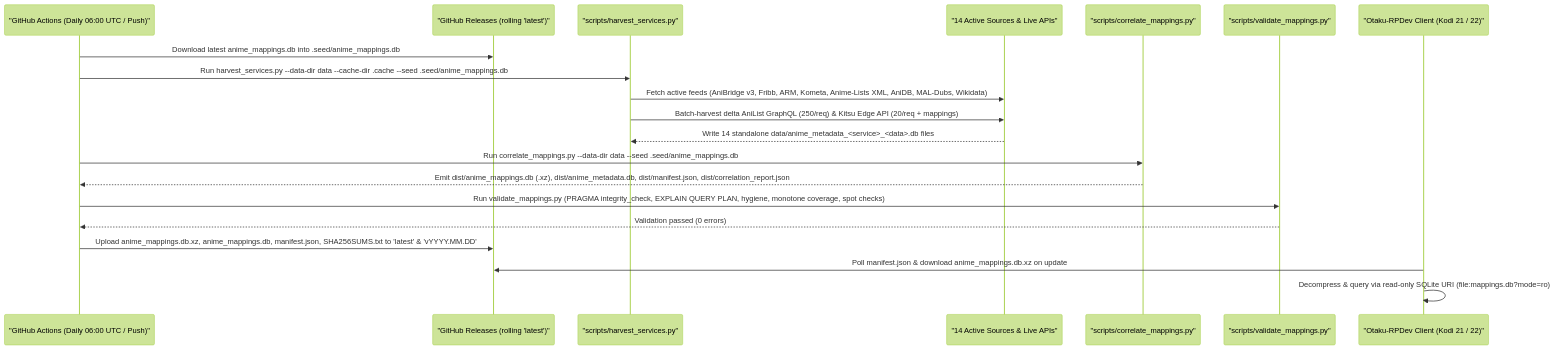
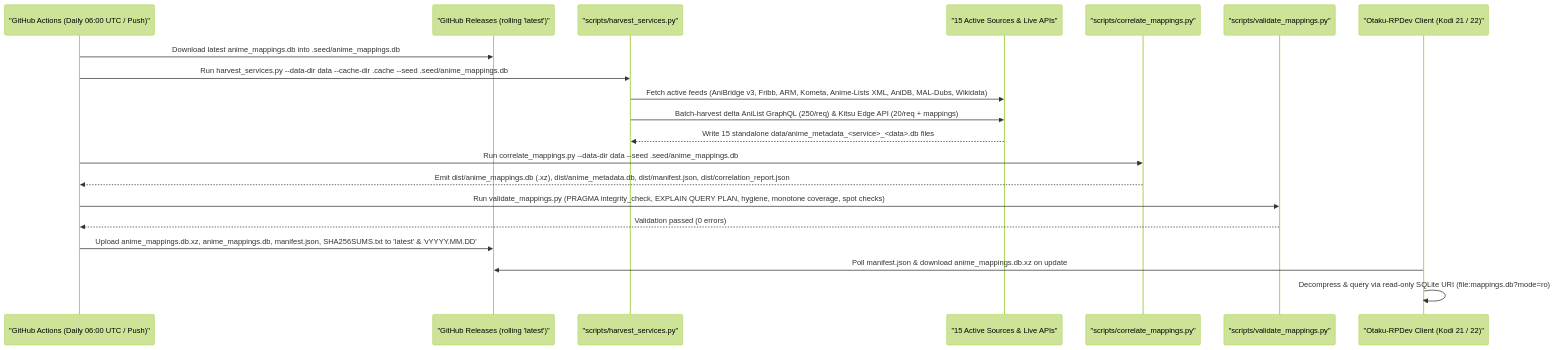
Before and after one commit to RPDevs-Builds/Otaku-Mapping-DB: the fourth of 4 diagrams in README.md, drawn with Mermaid (forest theme). The commit also changed other lines of this file and 1 other file, not shown here.

Commit message:
docs: 15-service pipeline, Tier-3 schemas, coverage, and new invariants

````diff
--- a/README.md
+++ b/README.md
@@ -229,23 +230,23 @@
 ```mermaid
 sequenceDiagram
     participant Cron as "GitHub Actions (Daily 06:00 UTC / Push)"
     participant GH_Rel as "GitHub Releases (rolling 'latest')"
     participant Harvest as "scripts/harvest_services.py"
-    participant APIs as "14 Active Sources & Live APIs"
+    participant APIs as "15 Active Sources & Live APIs"
     participant Correlate as "scripts/correlate_mappings.py"
     participant Validate as "scripts/validate_mappings.py"
     participant Kodi as "Otaku-RPDev Client (Kodi 21 / 22)"
 
     Cron->>GH_Rel: Download latest anime_mappings.db into .seed/anime_mappings.db
     Cron->>Harvest: Run harvest_services.py --data-dir data --cache-dir .cache --seed .seed/anime_mappings.db
     Harvest->>APIs: Fetch active feeds (AniBridge v3, Fribb, ARM, Kometa, Anime-Lists XML, AniDB, MAL-Dubs, Wikidata)
     Harvest->>APIs: Batch-harvest delta AniList GraphQL (250/req) & Kitsu Edge API (20/req + mappings)
-    APIs-->>Harvest: Write 14 standalone data/anime_metadata_<service>_<data>.db files
+    APIs-->>Harvest: Write 15 standalone data/anime_metadata_<service>_<data>.db files
     Cron->>Correlate: Run correlate_mappings.py --data-dir data --seed .seed/anime_mappings.db
     Correlate-->>Cron: Emit dist/anime_mappings.db (.xz), dist/anime_metadata.db, dist/manifest.json, dist/correlation_report.json
     Cron->>Validate: Run validate_mappings.py (PRAGMA integrity_check, EXPLAIN QUERY PLAN, hygiene, monotone coverage, spot checks)
     Validate-->>Cron: Validation passed (0 errors)
     Cron->>GH_Rel: Upload anime_mappings.db.xz, anime_mappings.db, manifest.json, SHA256SUMS.txt to 'latest' & 'vYYYY.MM.DD'
     Kodi->>GH_Rel: Poll manifest.json & download anime_mappings.db.xz on update
     Kodi->>Kodi: Decompress & query via read-only SQLite URI (file:mappings.db?mode=ro)
 ```
````
